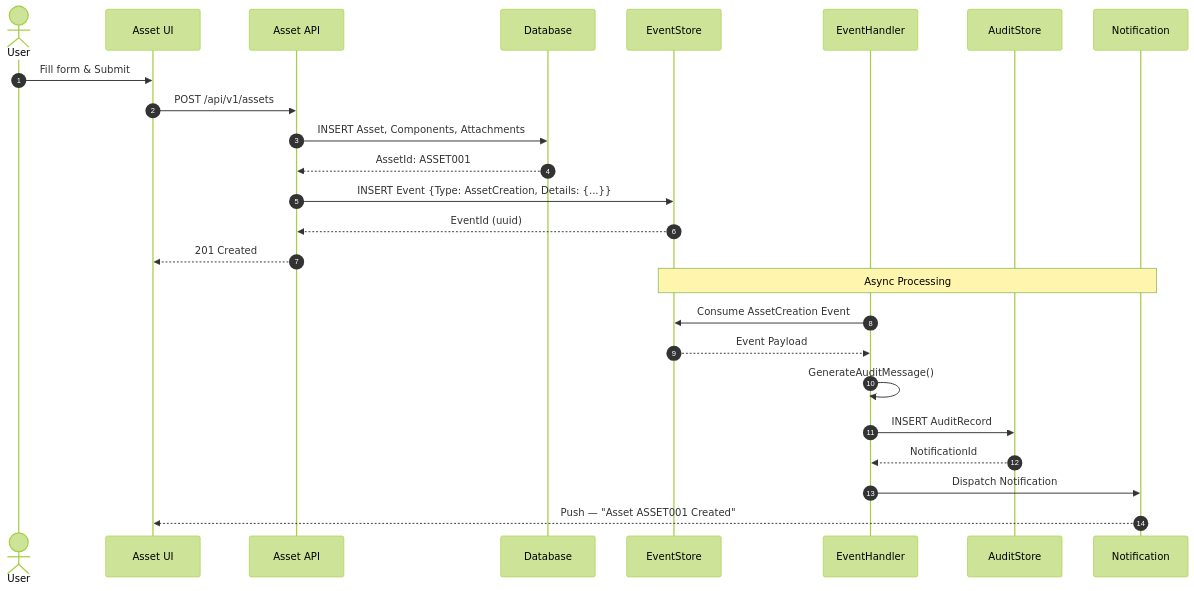
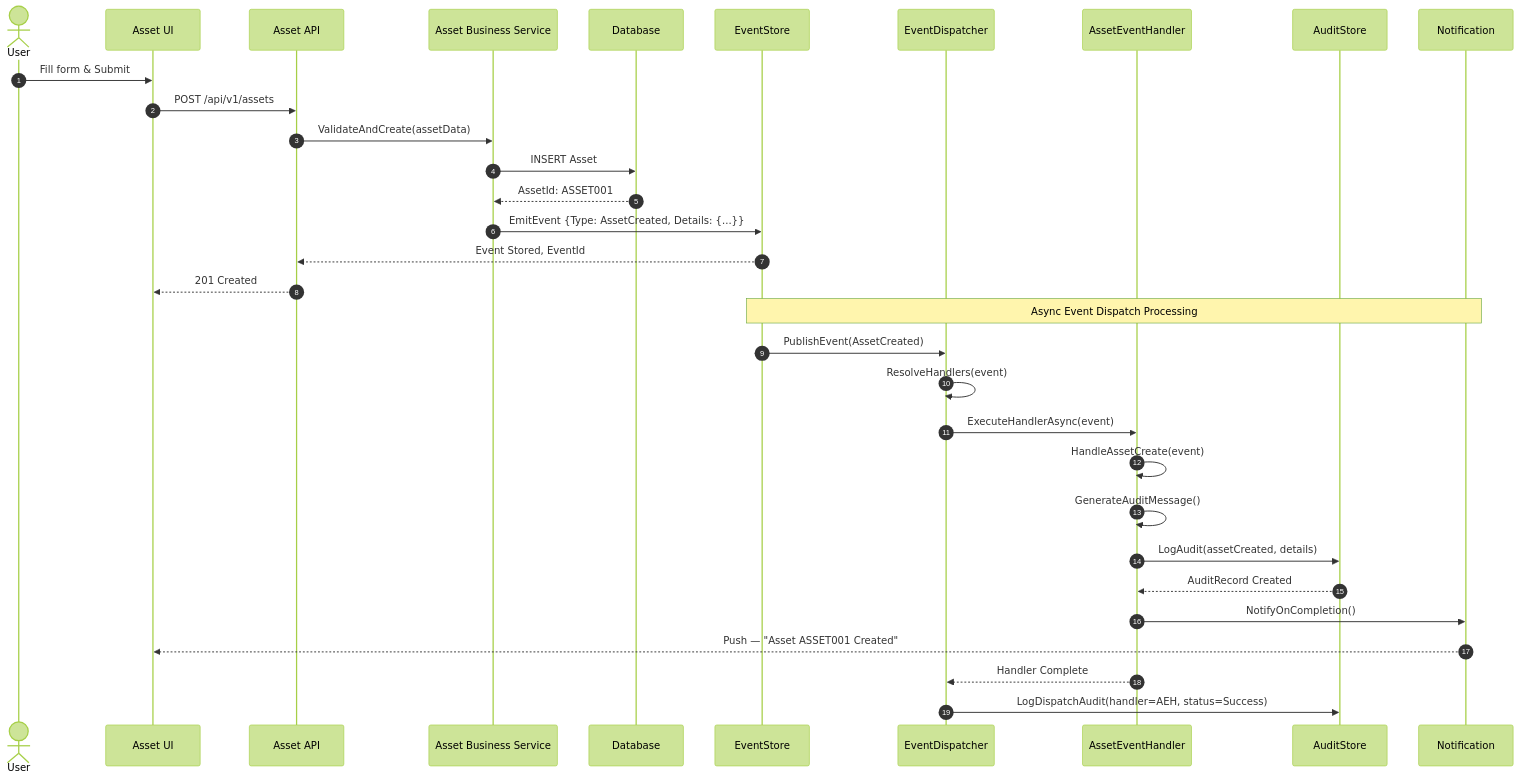
The first of 5 diagrams in asset-management/diagrams/02_Sequence_Diagrams.md (arup-ghosh-maersk/cia-lld), drawn with Mermaid (forest theme) before and after one commit. The commit also changed other lines of this file, not shown here.

````diff
--- a/asset-management/diagrams/02_Sequence_Diagrams.md
+++ b/asset-management/diagrams/02_Sequence_Diagrams.md
@@ -9,30 +9,37 @@
 ```mermaid
 sequenceDiagram
     autonumber
     actor User
     participant UI as Asset UI
     participant API as Asset API
+    participant AB as Asset Business Service
     participant DB as Database
     participant ES as EventStore
-    participant Handler as EventHandler
+    participant ED as EventDispatcher
+    participant AEH as AssetEventHandler
     participant Audit as AuditStore
     participant Push as Notification
 
     User->>UI: Fill form & Submit
     UI->>API: POST /api/v1/assets
-    API->>DB: INSERT Asset, Components, Attachments
-    DB-->>API: AssetId: ASSET001
+    API->>AB: ValidateAndCreate(assetData)
+    AB->>DB: INSERT Asset
+    DB-->>AB: AssetId: ASSET001
 
-    API->>ES: INSERT Event {Type: AssetCreation, Details: {...}}
-    ES-->>API: EventId (uuid)
+    AB->>ES: EmitEvent {Type: AssetCreated, Details: {...}}
+    ES-->>API: Event Stored, EventId
     API-->>UI: 201 Created
 
-    Note over ES,Push: Async Processing
-    Handler->>ES: Consume AssetCreation Event
-    ES-->>Handler: Event Payload
-    Handler->>Handler: GenerateAuditMessage()
-    Handler->>Audit: INSERT AuditRecord
-    Audit-->>Handler: NotificationId
-    Handler->>Push: Dispatch Notification
+    Note over ES,Push: Async Event Dispatch Processing
+    ES->>ED: PublishEvent(AssetCreated)
+    ED->>ED: ResolveHandlers(event)
+    ED->>AEH: ExecuteHandlerAsync(event)
+    AEH->>AEH: HandleAssetCreate(event)
+    AEH->>AEH: GenerateAuditMessage()
+    AEH->>Audit: LogAudit(assetCreated, details)
+    Audit-->>AEH: AuditRecord Created
+    AEH->>Push: NotifyOnCompletion()
     Push-->>UI: Push — "Asset ASSET001 Created"
+    AEH-->>ED: Handler Complete
+    ED->>Audit: LogDispatchAudit(handler=AEH, status=Success)
 ```
````
